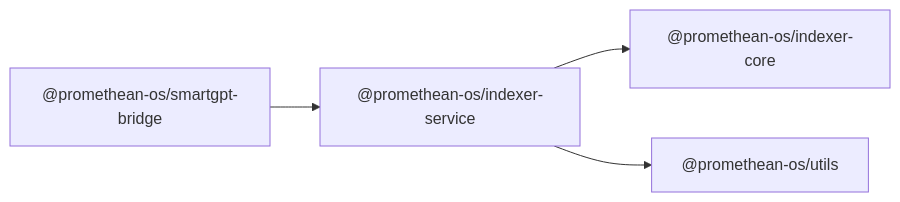
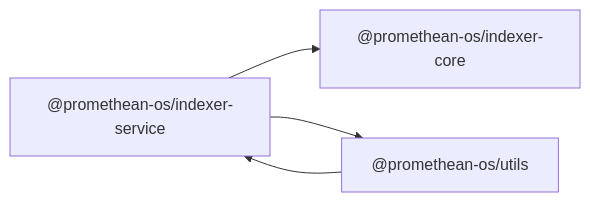
One commit to octave-commons/promethean changed the diagram in docs.github/packages/indexer-service/README.md. Above: the diagram before and after it, drawn with Mermaid. The commit also changed other lines of this file and 8 other files, not shown here.

First line of the commit message:
docs: remove smartgpt-bridge references from package READMEs

````diff
--- a/docs.github/packages/indexer-service/README.md
+++ b/docs.github/packages/indexer-service/README.md
@@ -14,13 +14,13 @@
 ```mermaid
 graph LR
   A["@promethean-os/indexer-service"]
   D1["@promethean-os/indexer-core"]
   D2["@promethean-os/utils"]
-  R1["@promethean-os/smartgpt-bridge"]
+  
   A --> D1["@promethean-os/indexer-core"]
   A --> D2["@promethean-os/utils"]
-  R1["@promethean-os/smartgpt-bridge"] --> A
+   --> A
   click D1 "../indexer-core/README.md" "@promethean-os/indexer-core"
   click D2 "../utils/README.md" "@promethean-os/utils"
-  click R1 "../smartgpt-bridge/README.md" "@promethean-os/smartgpt-bridge"
+  
 ```
````
